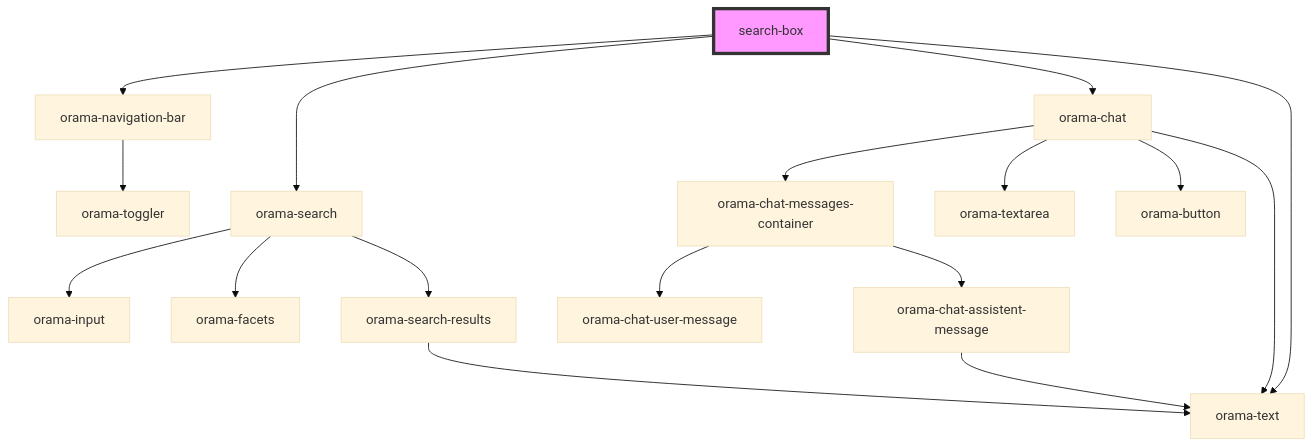
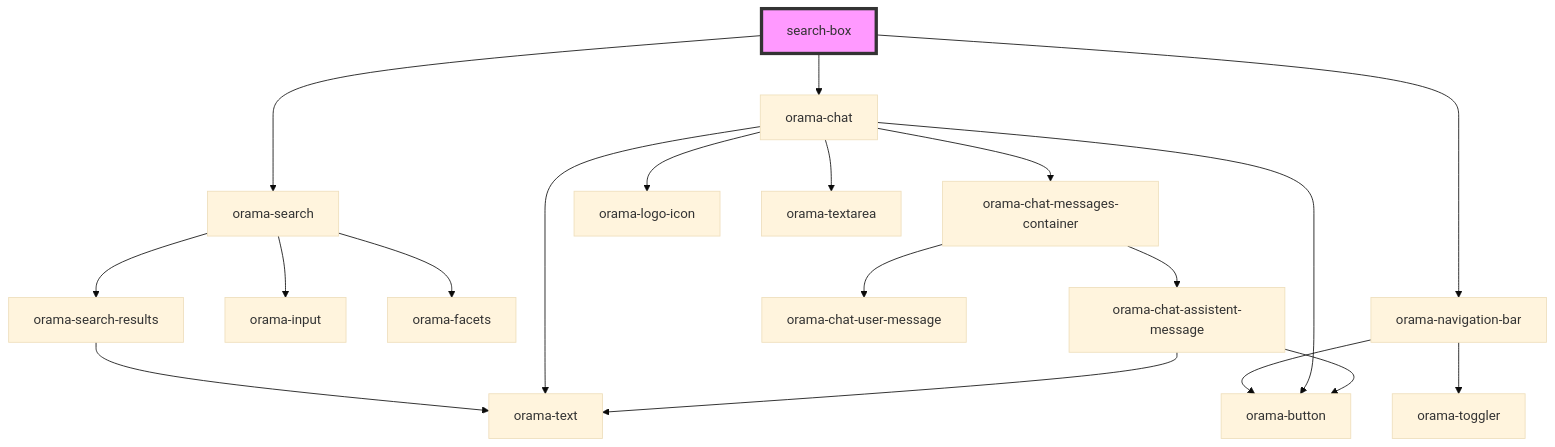
The diagram in packages/ui-stencil/src/components/search-box/readme.md (askorama/orama-ui-components), drawn with Mermaid (base theme) before and after one commit. The commit also changed other lines of this file and 2 other files, not shown here.

Commit message:
fix: less global state - more local state

````diff
--- a/packages/ui-stencil/src/components/search-box/readme.md
+++ b/packages/ui-stencil/src/components/search-box/readme.md
@@ -27,20 +26,22 @@
 ```mermaid
 graph TD;
   search-box --> orama-navigation-bar
   search-box --> orama-search
   search-box --> orama-chat
-  search-box --> orama-text
+  orama-navigation-bar --> orama-button
   orama-navigation-bar --> orama-toggler
   orama-search --> orama-input
   orama-search --> orama-facets
   orama-search --> orama-search-results
   orama-search-results --> orama-text
   orama-chat --> orama-chat-messages-container
+  orama-chat --> orama-logo-icon
   orama-chat --> orama-textarea
   orama-chat --> orama-button
   orama-chat --> orama-text
   orama-chat-messages-container --> orama-chat-user-message
   orama-chat-messages-container --> orama-chat-assistent-message
+  orama-chat-assistent-message --> orama-button
   orama-chat-assistent-message --> orama-text
   style search-box fill:#f9f,stroke:#333,stroke-width:4px
 ```
````
